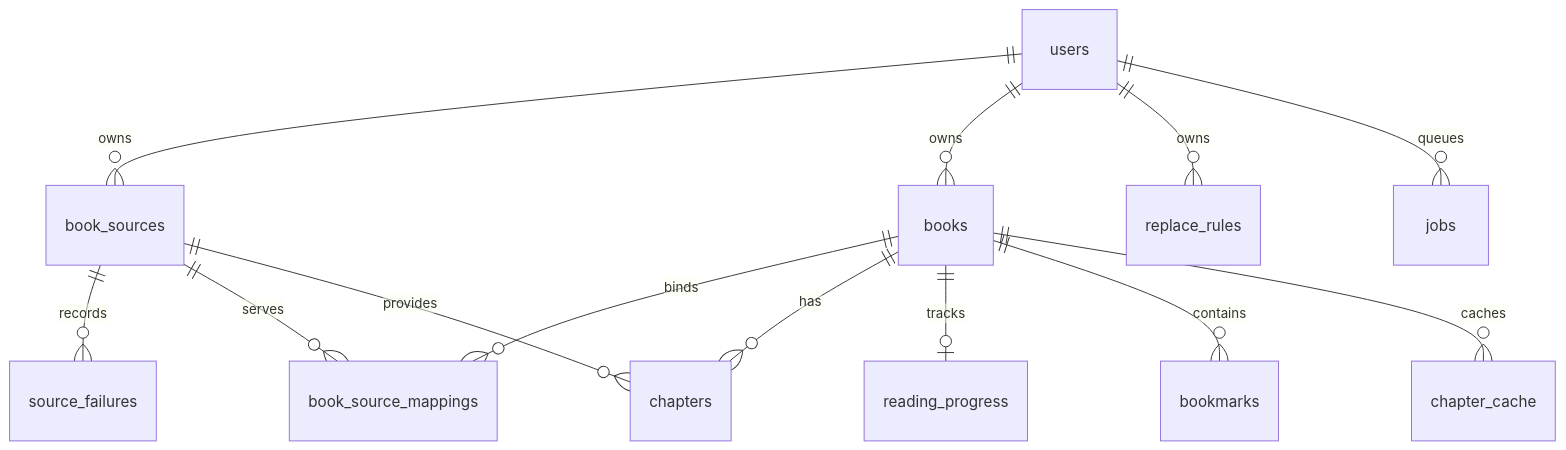
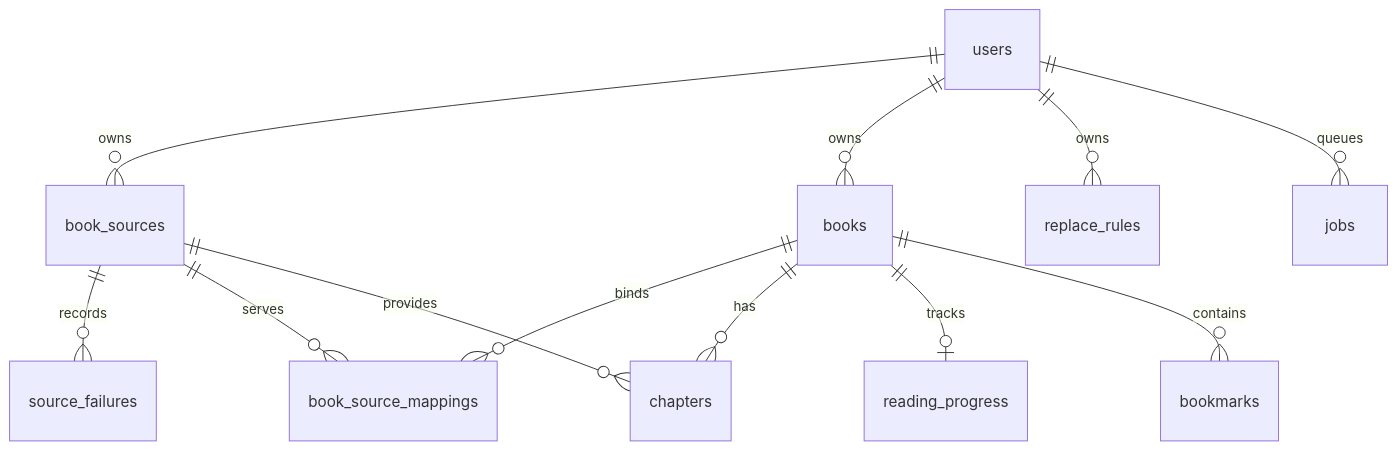
Before and after one commit to dgulan/YLReader: the second of 2 diagrams in docs/architecture.md, drawn with Mermaid. The commit also changed other lines of this file and 2 other files, not shown here.

Commit message:
docs(contracts): adopt ADR-013 scheme A and deprecate chapter_cache table

````diff
--- a/docs/architecture.md
+++ b/docs/architecture.md
@@ -391,15 +391,14 @@
 ```mermaid
 erDiagram
     users ||--o{ book_sources : owns
     users ||--o{ books : owns
     book_sources ||--o{ source_failures : records
     books ||--o{ book_source_mappings : binds
     book_sources ||--o{ book_source_mappings : serves
     books ||--o{ chapters : has
     book_sources ||--o{ chapters : provides
     books ||--o| reading_progress : tracks
     books ||--o{ bookmarks : contains
     users ||--o{ replace_rules : owns
-    books ||--o{ chapter_cache : caches
     users ||--o{ jobs : queues
 ```
````
